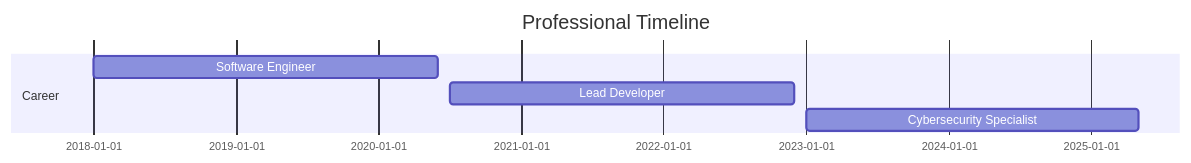
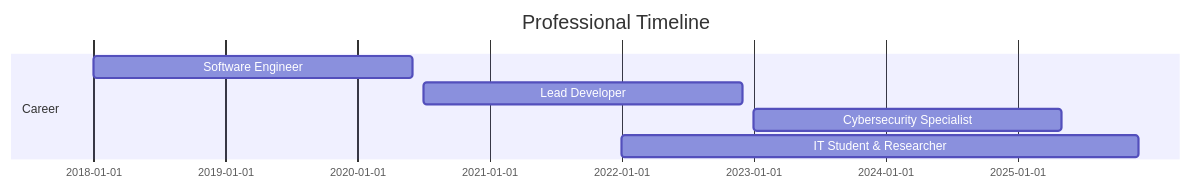
The diagram in README.md (alejandroareiza2346/me), drawn with Mermaid before and after one commit. The commit also changed other lines of this file, not shown here.

````diff
--- a/README.md
+++ b/README.md
@@ -70,9 +117,10 @@
 ```mermaid
 gantt
     title Professional Timeline
     dateFormat  YYYY-MM
     section Career
     Software Engineer       :2018-01, 2020-06
     Lead Developer          :2020-07, 2022-12
     Cybersecurity Specialist:2023-01, 2025-05
+    IT Student & Researcher :2022-01, 2025-12
 ```
````
